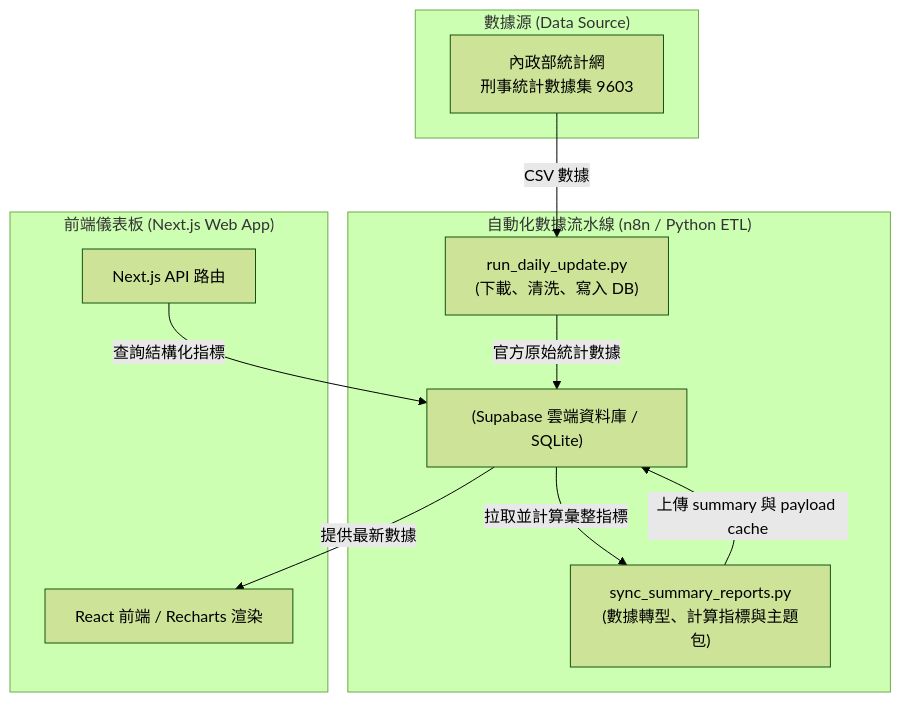
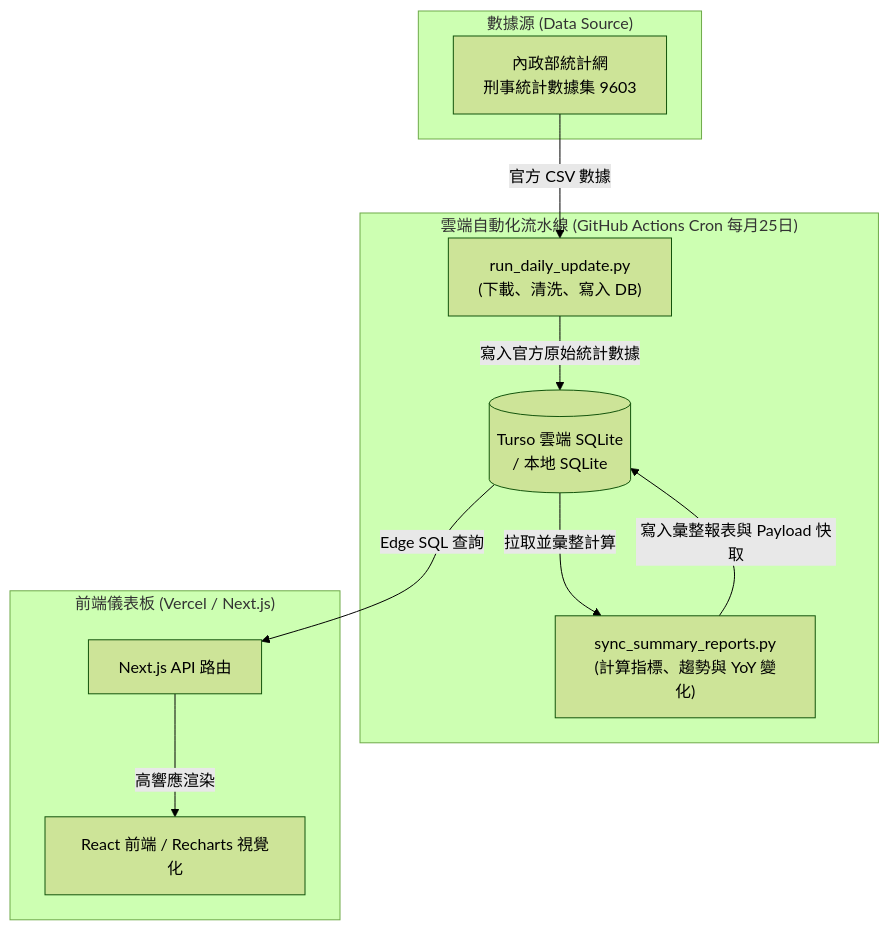
Before and after one commit to dec591nyc/PSJJV: the diagram in README.md, drawn with Mermaid (forest theme). The commit also changed other lines of this file and 13 other files, not shown here.

First line of the commit message:
汰換 Supabase 資料庫, 以更小型、負擔輕的 Sqlite 來儲存數據

````diff
--- a/README.md
+++ b/README.md
@@ -40,20 +37,21 @@
 ```mermaid
 flowchart TD
     subgraph "數據源 (Data Source)"
         A[內政部統計網\n刑事統計數據集 9603]
     end
 
-    subgraph "自動化數據流水線 (n8n / Python ETL)"
+    subgraph "雲端自動化流水線 (GitHub Actions Cron 每月25日)"
         B["run_daily_update.py\n(下載、清洗、寫入 DB)"]
-        C["sync_summary_reports.py\n(數據轉型、計算指標與主題包)"]
-        A -->|CSV 數據| B
-        B -->|官方原始統計數據| D["(Supabase 雲端資料庫 / SQLite)"]
-        D -->|拉取並計算彙整指標| C
-        C -->|上傳 summary 與 payload cache| D
+        C["sync_summary_reports.py\n(計算指標、趨勢與 YoY 變化)"]
+        
+        A -->|官方 CSV 數據| B
+        B -->|寫入官方原始統計數據| DB[(Turso 雲端 SQLite\n/ 本地 SQLite)]
+        DB -->|拉取並彙整計算| C
+        C -->|寫入彙整報表與 Payload 快取| DB
     end
 
-    subgraph "前端儀表板 (Next.js Web App)"
-        F[Next.js API 路由] -->|查詢結構化指標| D
-        D -->|提供最新數據| H[React 前端 / Recharts 渲染]
+    subgraph "前端儀表板 (Vercel / Next.js)"
+        DB -->|Edge SQL 查詢| V[Next.js API 路由]
+        V -->|高響應渲染| UI[React 前端 / Recharts 視覺化]
     end
 ```
````
